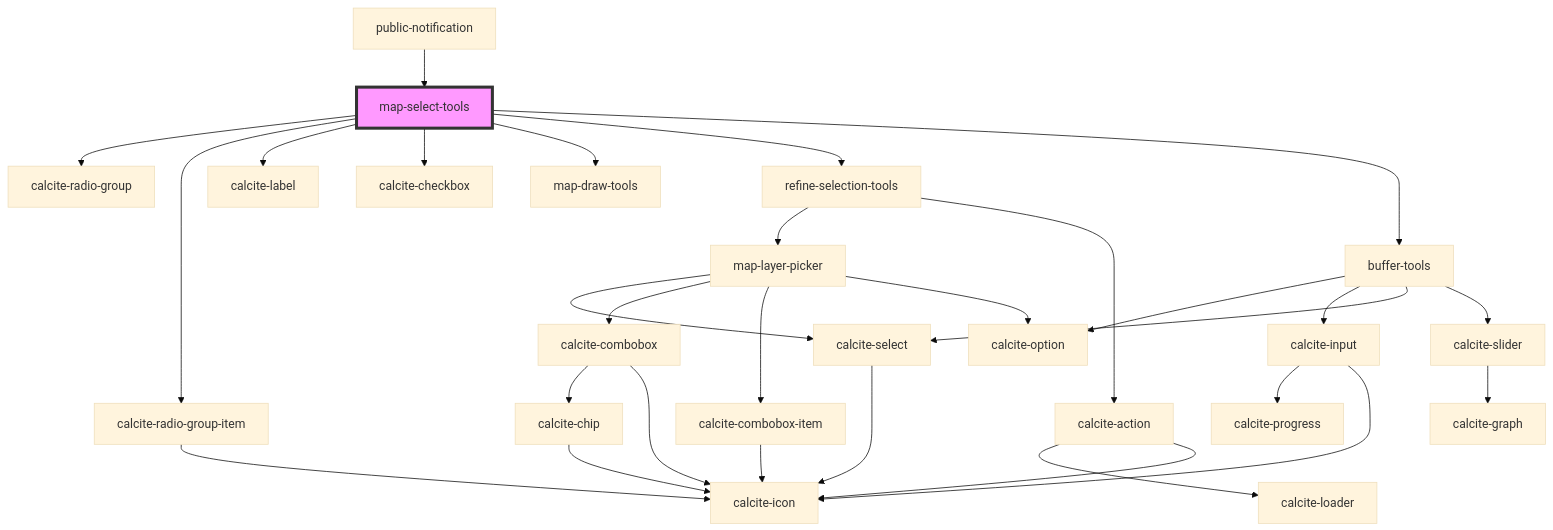
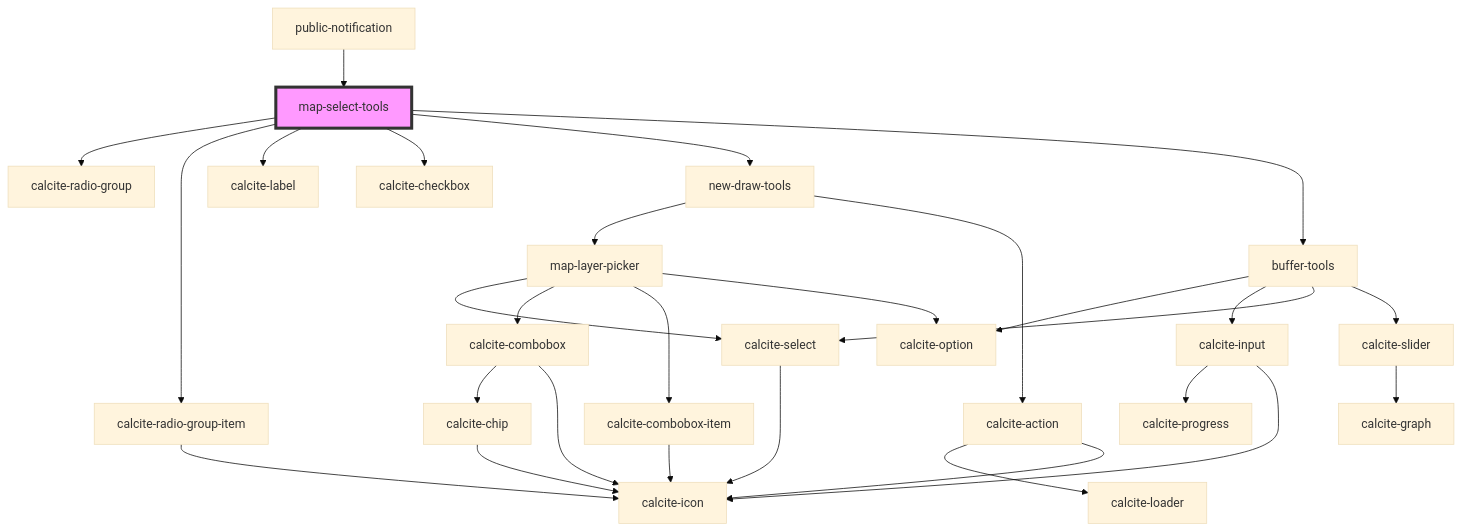
Before and after one commit to Esri/solutions-components: the diagram in src/components/map-select-tools/readme.md, drawn with Mermaid (base theme). The commit also changed other lines of this file and 18 other files, not shown here.

First line of the commit message:
start to consolidate draw and refine tools

````diff
--- a/src/components/map-select-tools/readme.md
+++ b/src/components/map-select-tools/readme.md
@@ -79,33 +78,32 @@
 ```mermaid
 graph TD;
   map-select-tools --> calcite-radio-group
   map-select-tools --> calcite-radio-group-item
   map-select-tools --> calcite-label
   map-select-tools --> calcite-checkbox
-  map-select-tools --> map-draw-tools
-  map-select-tools --> refine-selection-tools
+  map-select-tools --> new-draw-tools
   map-select-tools --> buffer-tools
   calcite-radio-group-item --> calcite-icon
-  refine-selection-tools --> map-layer-picker
-  refine-selection-tools --> calcite-action
+  new-draw-tools --> map-layer-picker
+  new-draw-tools --> calcite-action
   map-layer-picker --> calcite-select
   map-layer-picker --> calcite-combobox
   map-layer-picker --> calcite-combobox-item
   map-layer-picker --> calcite-option
   calcite-select --> calcite-icon
   calcite-combobox --> calcite-chip
   calcite-combobox --> calcite-icon
   calcite-chip --> calcite-icon
   calcite-combobox-item --> calcite-icon
   calcite-action --> calcite-loader
   calcite-action --> calcite-icon
   buffer-tools --> calcite-option
   buffer-tools --> calcite-input
   buffer-tools --> calcite-select
   buffer-tools --> calcite-slider
   calcite-input --> calcite-progress
   calcite-input --> calcite-icon
   calcite-slider --> calcite-graph
   public-notification --> map-select-tools
   style map-select-tools fill:#f9f,stroke:#333,stroke-width:4px
 ```
````
